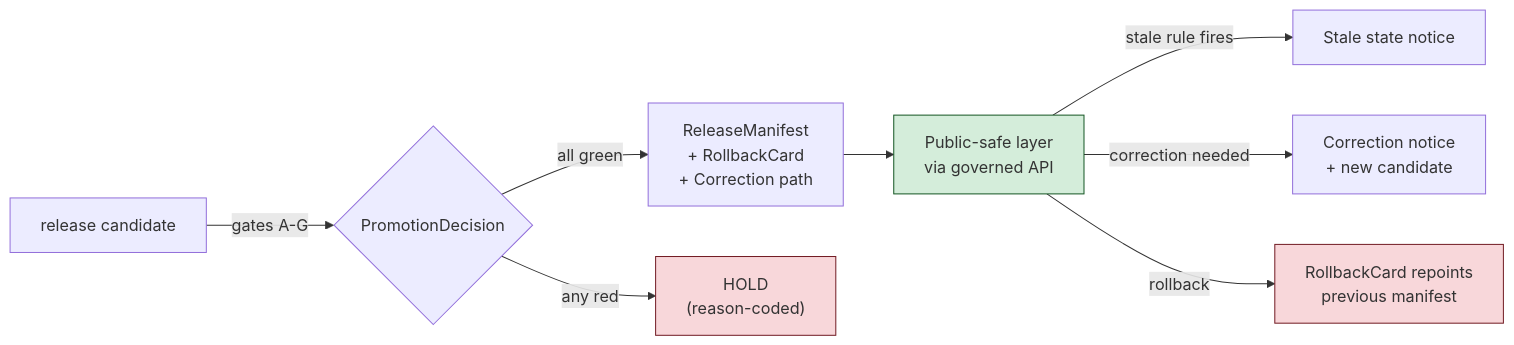
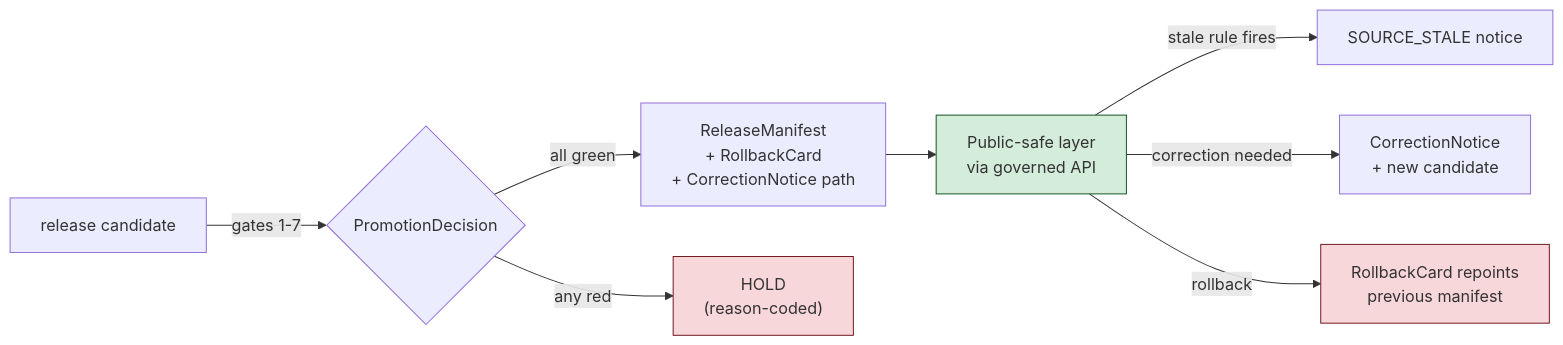
The third of 3 diagrams in docs/domains/settlements-infrastructure/EXPANSION_PLAN.md (bartytime4life/Kansas-Frontier-Matrix), drawn with Mermaid before and after one commit. The commit also changed other lines of this file, not shown here.

````diff
--- a/docs/domains/settlements-infrastructure/EXPANSION_PLAN.md
+++ b/docs/domains/settlements-infrastructure/EXPANSION_PLAN.md
@@ -505,15 +530,15 @@
 ```mermaid
 flowchart LR
-  Cand["release candidate"] -->|gates A-G| Decision{"PromotionDecision"}
-  Decision -->|all green| Release["ReleaseManifest<br/>+ RollbackCard<br/>+ Correction path"]
-  Decision -->|any red| Hold["HOLD<br/>(reason-coded)"]
+  Cand["release candidate"] -->|"gates 1-7"| Decision{"PromotionDecision"}
+  Decision -->|"all green"| Release["ReleaseManifest<br/>+ RollbackCard<br/>+ CorrectionNotice path"]
+  Decision -->|"any red"| Hold["HOLD<br/>(reason-coded)"]
   Release --> Public["Public-safe layer<br/>via governed API"]
-  Public -->|stale rule fires| Stale["Stale state notice"]
-  Public -->|correction needed| Correct["Correction notice<br/>+ new candidate"]
-  Public -->|rollback| Rollback["RollbackCard repoints<br/>previous manifest"]
+  Public -->|"stale rule fires"| Stale["SOURCE_STALE notice"]
+  Public -->|"correction needed"| Correct["CorrectionNotice<br/>+ new candidate"]
+  Public -->|"rollback"| Rollback["RollbackCard repoints<br/>previous manifest"]
 
   classDef hold fill:#f8d7da,stroke:#721c24;
   classDef pub  fill:#d4edda,stroke:#155724;
   class Hold,Rollback hold
   class Public pub
 ```
````
